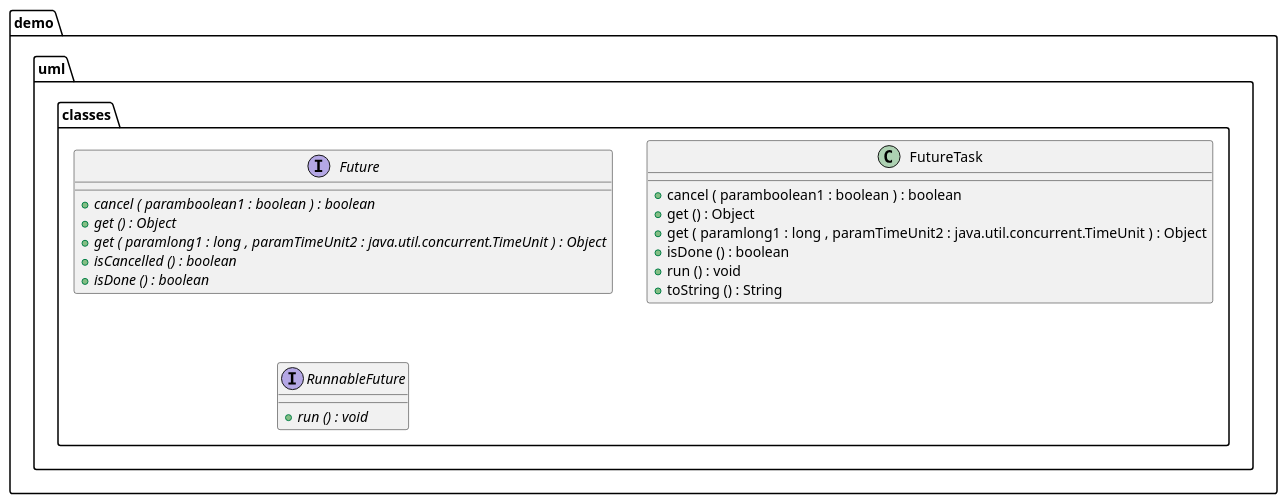
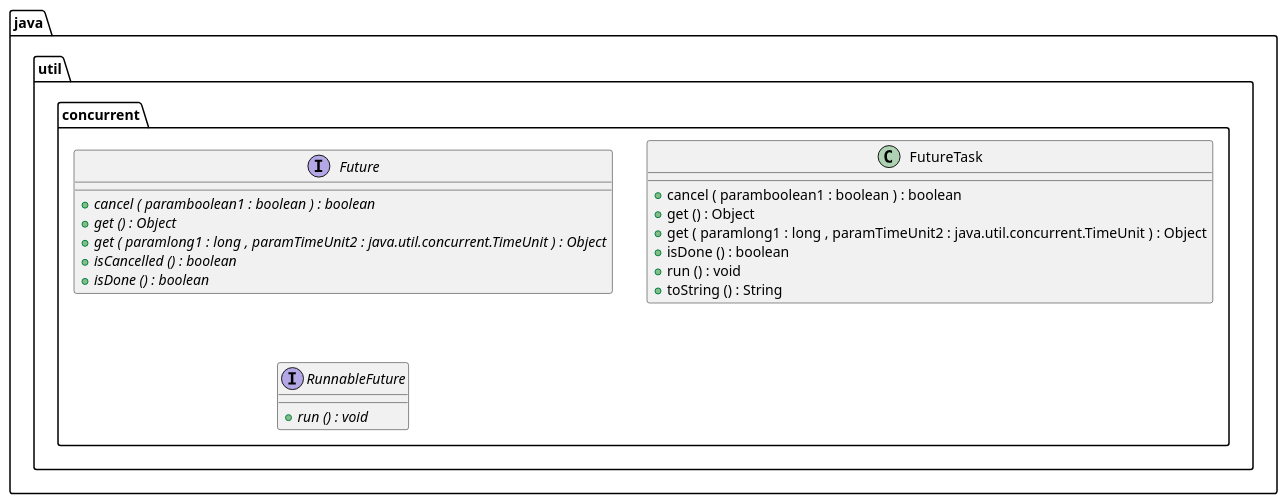
Before and after one commit to ti-cortex-m4/demo-java-completablefuture: the diagram in Future.puml, drawn with PlantUML.

```diff
--- a/Future.puml
+++ b/Future.puml
@@ -1,31 +1,31 @@
 @startuml
 
-interface demo.uml.classes.Future {
+interface java.util.concurrent.Future {
 	{method}  {abstract} +cancel ( paramboolean1 : boolean ) : boolean
 	{method}  {abstract} +get () : Object
 	{method}  {abstract} +get ( paramlong1 : long , paramTimeUnit2 : java.util.concurrent.TimeUnit ) : Object
 	{method}  {abstract} +isCancelled () : boolean
 	{method}  {abstract} +isDone () : boolean
 }
 
 
-class demo.uml.classes.FutureTask {
+class java.util.concurrent.FutureTask {
 	{method} +cancel ( paramboolean1 : boolean ) : boolean
 	{method} +get () : Object
 	{method} +get ( paramlong1 : long , paramTimeUnit2 : java.util.concurrent.TimeUnit ) : Object
 	{method} +isDone () : boolean
 	{method} +run () : void
 	{method} +toString () : String
 }
 
 
-interface demo.uml.classes.RunnableFuture {
+interface java.util.concurrent.RunnableFuture {
 	{method}  {abstract} +run () : void
 }
 
 
 
 
 
 
 @enduml
```
